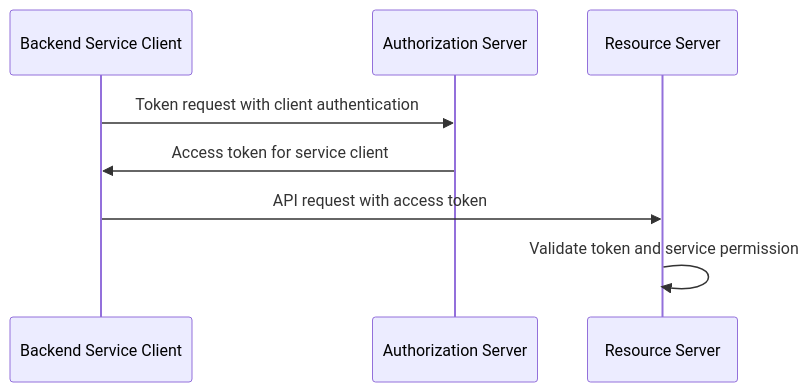
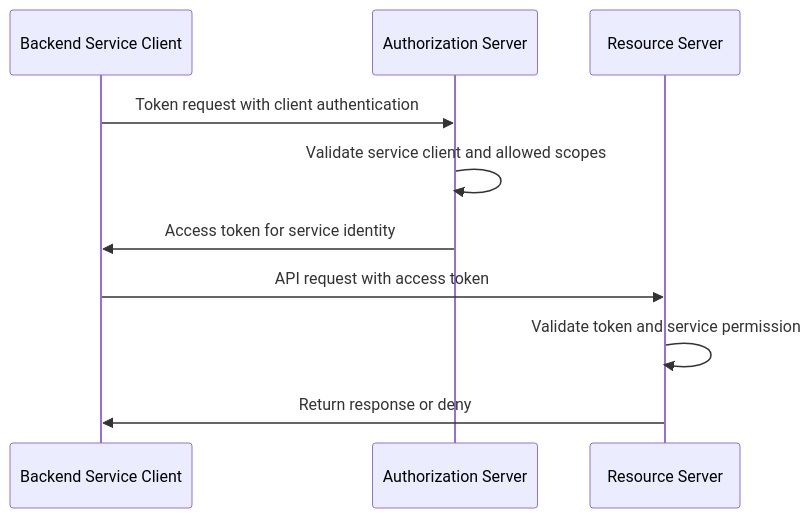
One commit to panaC/edrlab-backoffice-auth-study changed the fourth of 5 diagrams in docs/wiki/06-oauth2-flows.md. Above: the diagram before and after it, drawn with Mermaid. The commit also changed other lines of this file and 2 other files, not shown here.

Commit message:
Expand OAuth2 study pages for flow and role clarity

````diff
--- a/docs/wiki/06-oauth2-flows.md
+++ b/docs/wiki/06-oauth2-flows.md
@@ -54,11 +163,13 @@
 ```mermaid
 sequenceDiagram
     participant Service as Backend Service Client
     participant AS as Authorization Server
     participant API as Resource Server
 
     Service->>AS: Token request with client authentication
-    AS->>Service: Access token for service client
+    AS->>AS: Validate service client and allowed scopes
+    AS->>Service: Access token for service identity
     Service->>API: API request with access token
     API->>API: Validate token and service permission
+    API->>Service: Return response or deny
 ```
````
